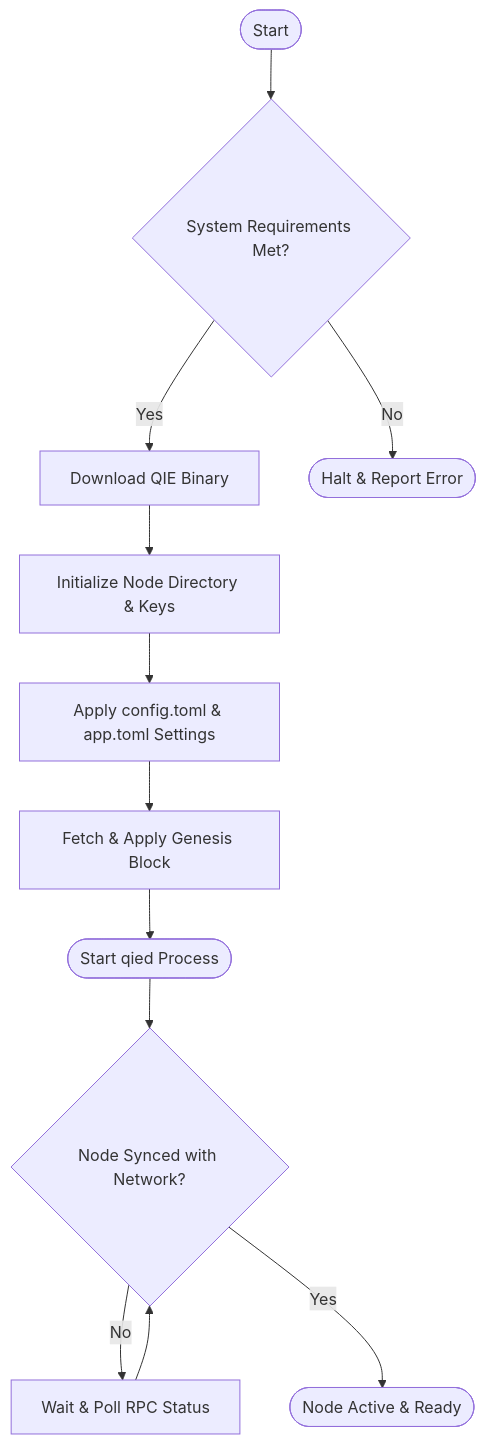
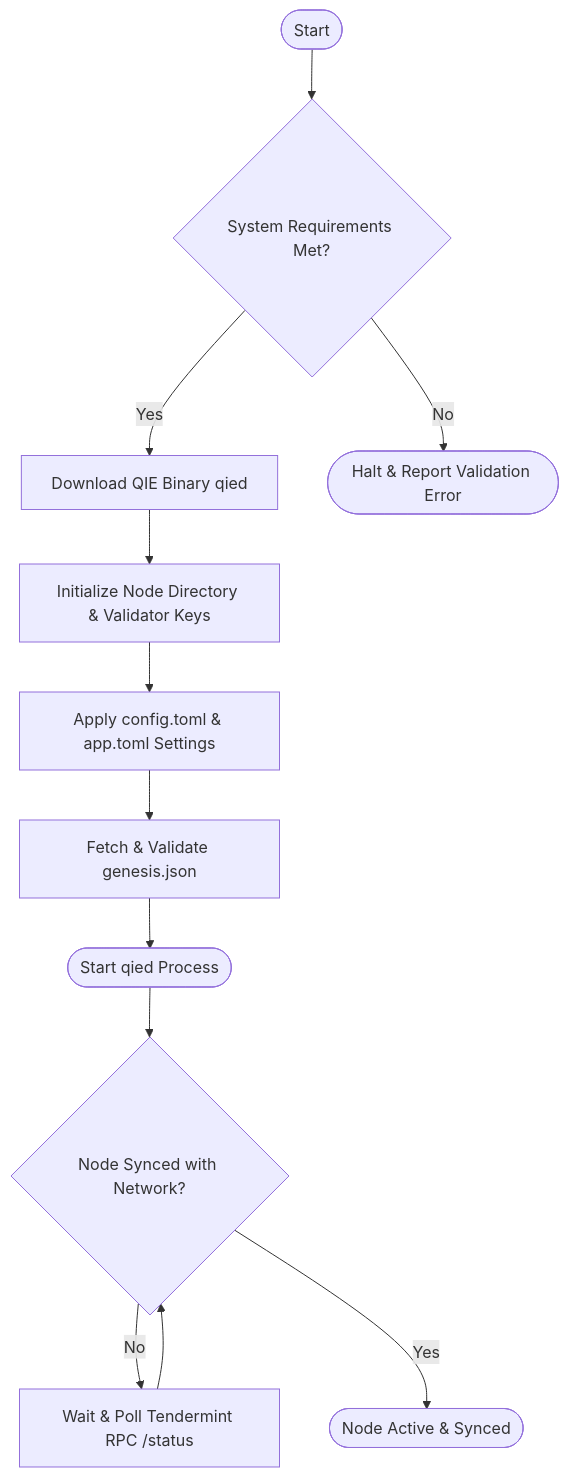
Diagram 11 of 23 in ValiGuard_Docs/ValiGuard_AI_Phase_1_Documentation.md (sheikhrehanseo/ValiGuard-Project-Main), drawn with Mermaid before and after one commit. The commit also changed other lines of this file and 16 other files, not shown here.

````diff
--- a/ValiGuard_Docs/ValiGuard_AI_Phase_1_Documentation.md
+++ b/ValiGuard_Docs/ValiGuard_AI_Phase_1_Documentation.md
@@ -865,38 +908,38 @@
 ```mermaid
 flowchart TD
 
 Start([Start])
 
 A{System Requirements Met?}
 
-B[Download QIE Binary]
-C[Initialize Node Directory & Keys]
+B[Download QIE Binary qied]
+C[Initialize Node Directory & Validator Keys]
 D[Apply config.toml & app.toml Settings]
-E[Fetch & Apply Genesis Block]
+E[Fetch & Validate genesis.json]
 
 F([Start qied Process])
 
 G{Node Synced with Network?}
 
-H[Wait & Poll RPC Status]
+H[Wait & Poll Tendermint RPC /status]
 
-Success([Node Active & Ready])
-Error([Halt & Report Error])
+Success([Node Active & Synced])
+Error([Halt & Report Validation Error])
 
 Start --> A
 
 A -- Yes --> B
 A -- No --> Error
 
 B --> C
 C --> D
 D --> E
 E --> F
 
 F --> G
 
 G -- No --> H
 H --> G
 
 G -- Yes --> Success
 ```
````
